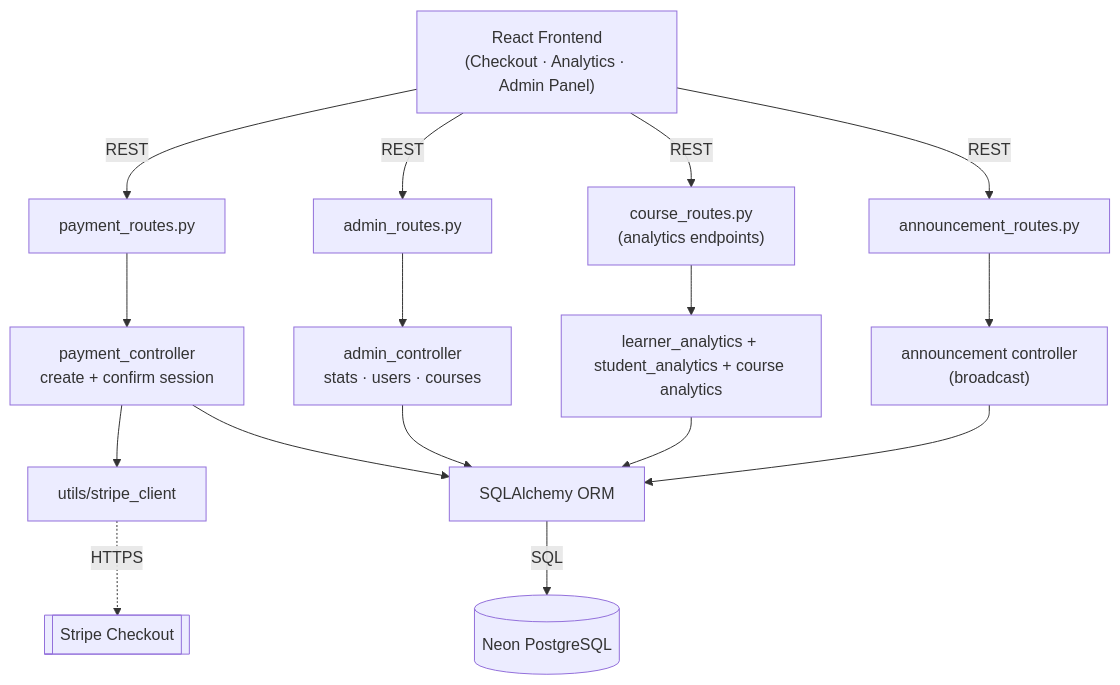
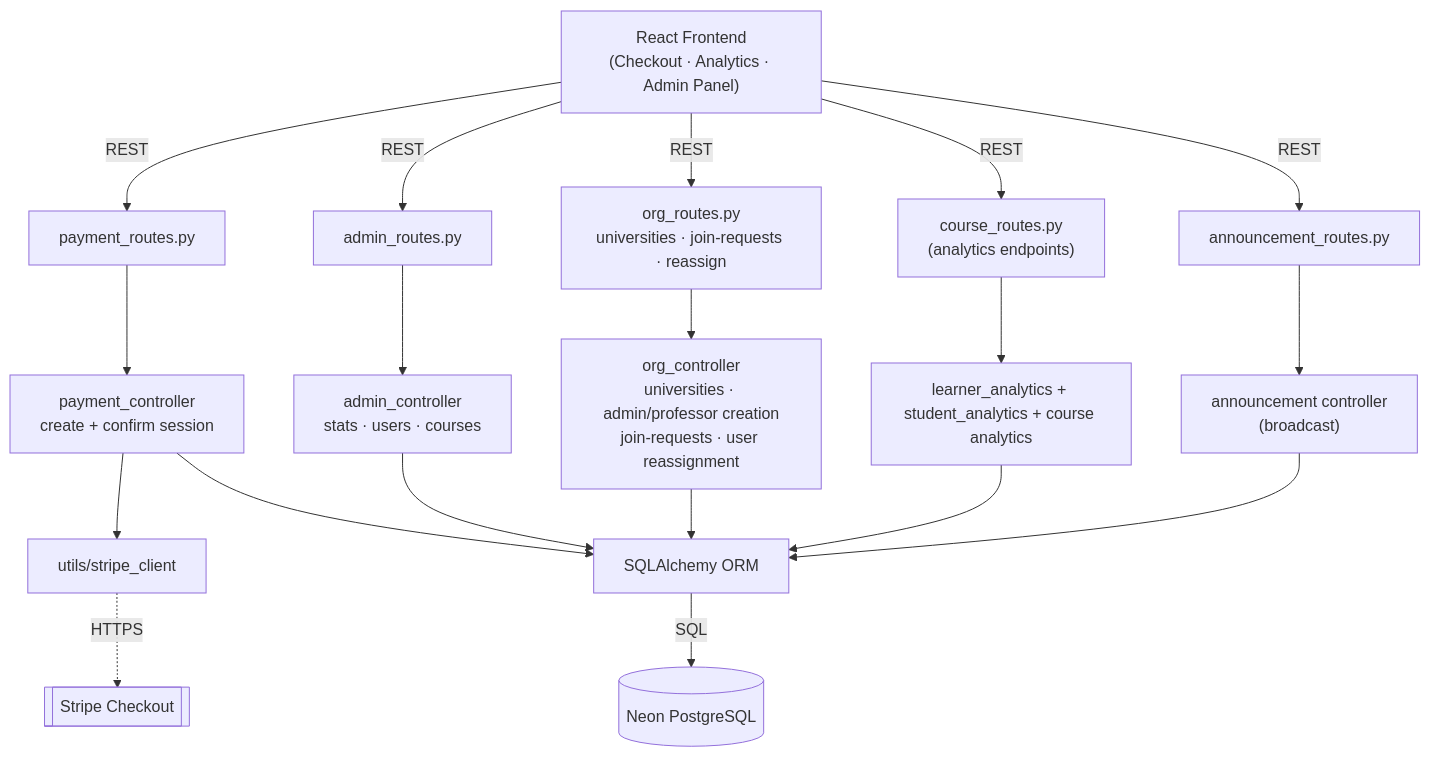
The first of 6 diagrams in docs/sprints/SPRINT_6.md (yazidha09/Hub4Learners), drawn with Mermaid before and after one commit. The commit also changed other lines of this file and 23 other files, not shown here.

````diff
--- a/docs/sprints/SPRINT_6.md
+++ b/docs/sprints/SPRINT_6.md
@@ -56,18 +57,21 @@
 ```mermaid
 graph TD
     A["React Frontend<br/>(Checkout · Analytics · Admin Panel)"] -->|REST| B["payment_routes.py"]
     A -->|REST| C["admin_routes.py"]
     A -->|REST| D["course_routes.py<br/>(analytics endpoints)"]
     A -->|REST| E["announcement_routes.py"]
+    A -->|REST| N["org_routes.py<br/>universities · join-requests · reassign"]
     B --> F["payment_controller<br/>create + confirm session"]
     F --> G["utils/stripe_client"]
     C --> H["admin_controller<br/>stats · users · courses"]
     D --> I["learner_analytics + student_analytics + course analytics"]
     E --> J["announcement controller<br/>(broadcast)"]
+    N --> O["org_controller<br/>universities · admin/professor creation<br/>join-requests · user reassignment"]
     F --> K["SQLAlchemy ORM"]
     H --> K
+    O --> K
     I --> K
     J --> K
     K -->|SQL| L[(Neon PostgreSQL)]
     G -. HTTPS .-> M[[Stripe Checkout]]
 ```
````
